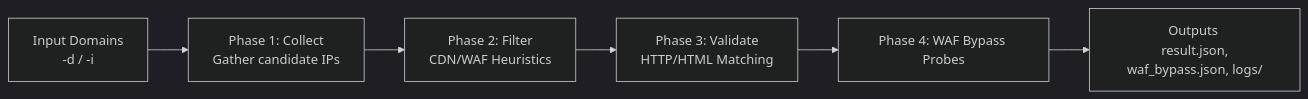
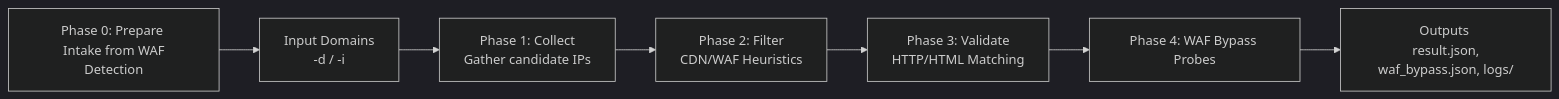
The first of 5 diagrams in README.md (4ll4u/testREADME), drawn with Mermaid (dark theme) before and after one commit. The commit also changed other lines of this file, not shown here.

````diff
--- a/README.md
+++ b/README.md
@@ -22,8 +23,9 @@
 ```mermaid
 flowchart LR
-    A[Input Domains <br> -d / -i] --> B[Phase 1: Collect <br> Gather candidate IPs]
+    Z[Phase 0: Prepare <br> Intake from WAF Detection] --> A[Input Domains <br> -d / -i]
+    A --> B[Phase 1: Collect <br> Gather candidate IPs]
     B --> C[Phase 2: Filter <br> CDN/WAF Heuristics]
     C --> D[Phase 3: Validate <br> HTTP/HTML Matching]
     D --> E[Phase 4: WAF Bypass Probes]
     E --> F[Outputs <br> result.json, waf_bypass.json, logs/]
 ```
````
